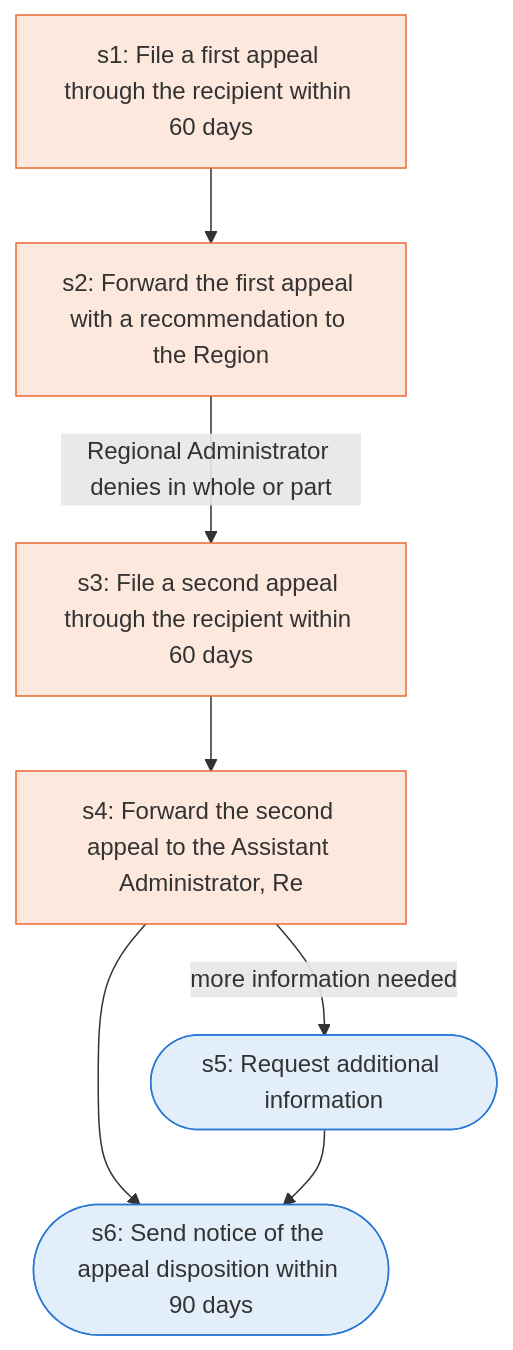
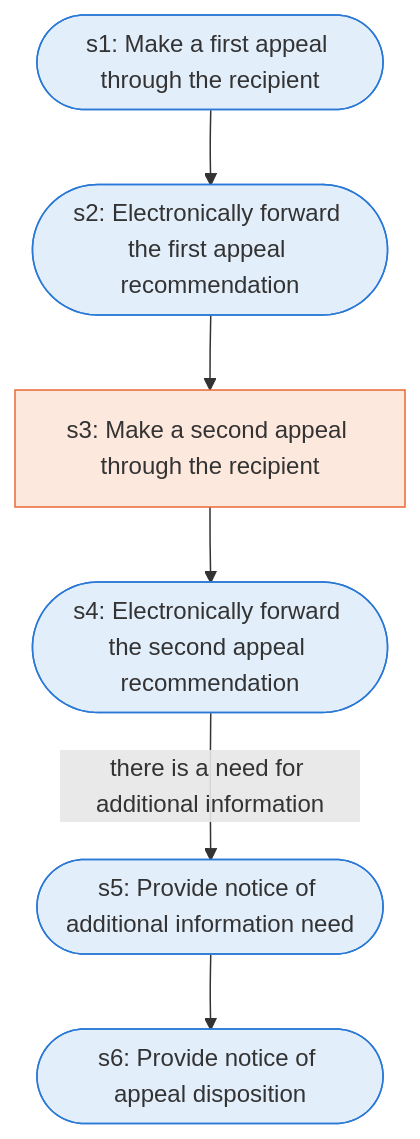
Before and after one commit to Jitesh-Mishra/sop-to-agent-workflows: the diagram in docs/runbooks/fema_public_assistance_appeal.md, drawn with Mermaid. The commit also changed other lines of this file and 172 other files, not shown here.

````diff
--- a/docs/runbooks/fema_public_assistance_appeal.md
+++ b/docs/runbooks/fema_public_assistance_appeal.md
@@ -7,19 +7,18 @@
 ```mermaid
 flowchart TD
-  s1["s1: File a first appeal through the recipient within 60 days"]
-  s2["s2: Forward the first appeal with a recommendation to the Region"]
-  s3["s3: File a second appeal through the recipient within 60 days"]
-  s4["s4: Forward the second appeal to the Assistant Administrator, Re"]
-  s5(["s5: Request additional information"])
-  s6(["s6: Send notice of the appeal disposition within 90 days"])
+  s1(["s1: Make a first appeal through the recipient"])
+  s2(["s2: Electronically forward the first appeal recommendation"])
+  s3["s3: Make a second appeal through the recipient"]
+  s4(["s4: Electronically forward the second appeal recommendation"])
+  s5(["s5: Provide notice of additional information need"])
+  s6(["s6: Provide notice of appeal disposition"])
   s1 --> s2
-  s2 -->|Regional Administrator denies in whole or part| s3
+  s2 --> s3
   s3 --> s4
-  s4 -->|more information needed| s5
-  s4 --> s6
+  s4 -->|there is a need for additional information| s5
   s5 --> s6
   classDef agent fill:#e3eefb,stroke:#2a78d6
   classDef human fill:#fde8de,stroke:#eb6834
-  class s5,s6 agent
-  class s1,s2,s3,s4 human
+  class s1,s2,s4,s5,s6 agent
+  class s3 human
 ```
````
